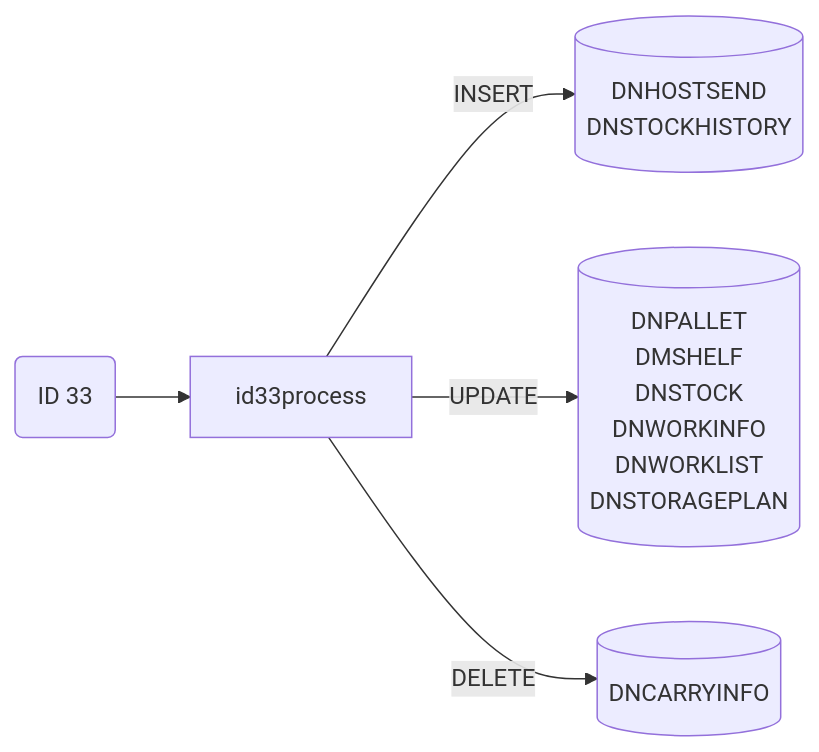
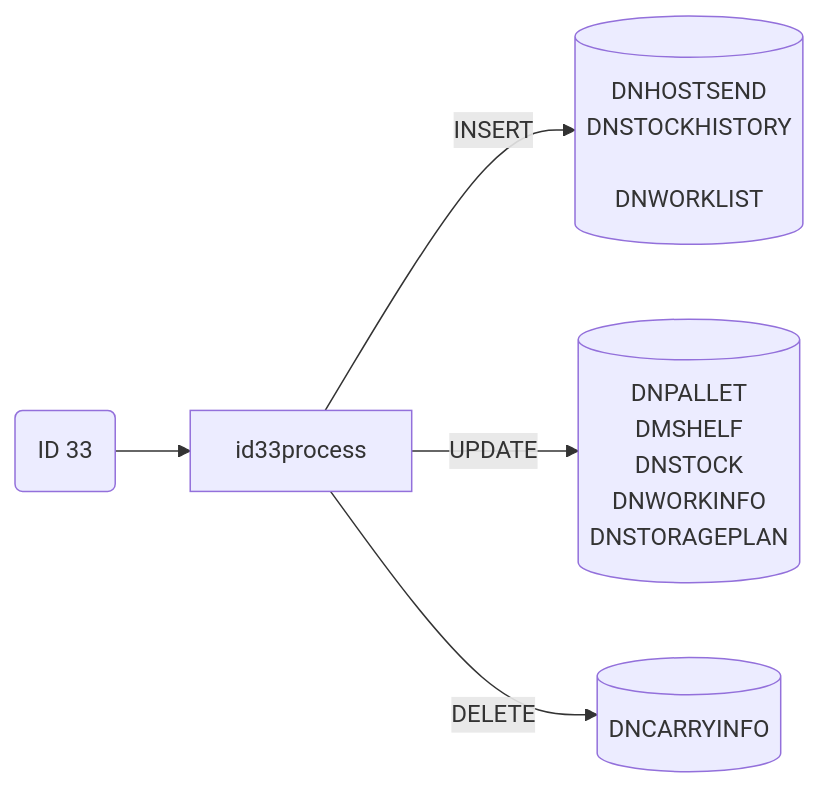
One commit to luthfiadityaa/SimeDarby-Wiki changed diagram 23 of 23 in Basic-Design/DFD-WMS/Storage/Palletizing-Settting/Palletize-Start.md. Above: the diagram before and after it, drawn with Mermaid.

Commit message:
Updated Palletize Start

```diff
--- a/Basic-Design/DFD-WMS/Storage/Palletizing-Settting/Palletize-Start.md
+++ b/Basic-Design/DFD-WMS/Storage/Palletizing-Settting/Palletize-Start.md
@@ -1180,28 +1180,29 @@
 ::: mermaid
 flowchart LR
 
 id33("
 ID 33
 ")
 
 id33-insert[("
 DNHOSTSEND
 DNSTOCKHISTORY
+
+DNWORKLIST
 ")]
 id33-update[("
 DNPALLET
 DMSHELF
 DNSTOCK
 DNWORKINFO
-DNWORKLIST
 DNSTORAGEPLAN
 ")]
 id33-delete[("
 DNCARRYINFO
 ")]
 
 id33-->id33process
 id33process--> |INSERT| id33-insert
 id33process--> |UPDATE| id33-update
 id33process--> |DELETE| id33-delete
 :::
```
